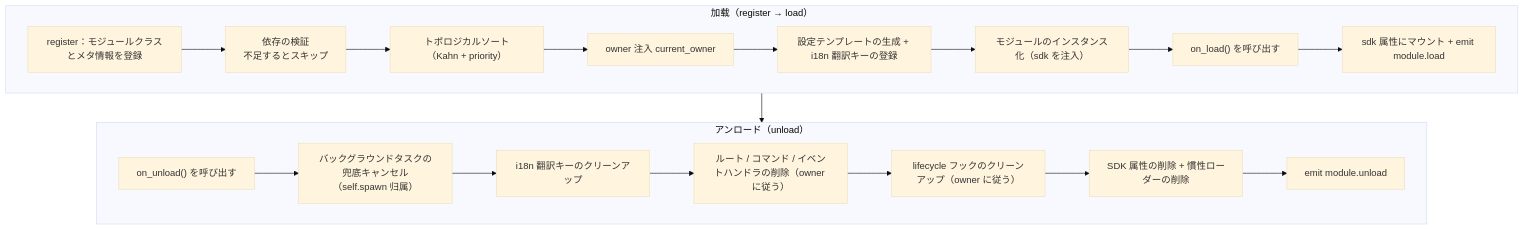
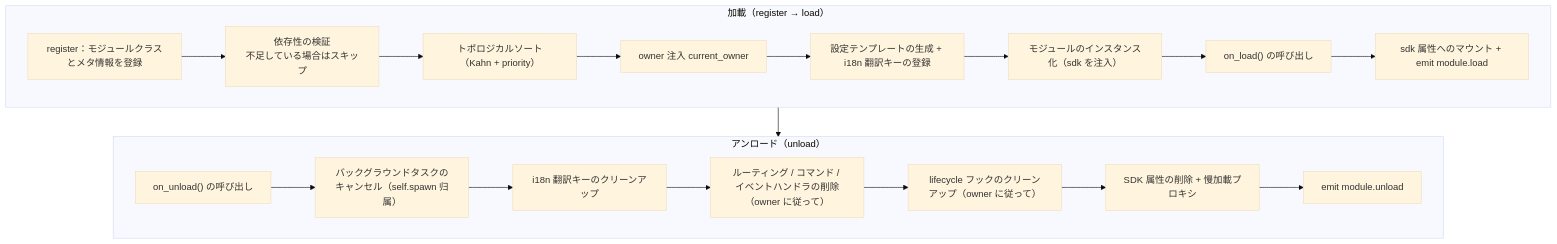
The diagram in docs/ja/developer-guide/modules/core-concepts.md (ErisPulse/ErisPulse), drawn with Mermaid (base theme) before and after one commit. The commit also changed other lines of this file and 83 other files, not shown here.

````diff
--- a/docs/ja/developer-guide/modules/core-concepts.md
+++ b/docs/ja/developer-guide/modules/core-concepts.md
@@ -93,23 +111,23 @@
 ```mermaid
 flowchart TD
-    subgraph Load["加载（register → load）"]
-        L1["register：モジュールクラスとメタ情報を登録"] --> L2["依存の検証<br/>不足するとスキップ"]
+    subgraph Load["加載（register → load）"]
+        L1["register：モジュールクラスとメタ情報を登録"] --> L2["依存性の検証<br/>不足している場合はスキップ"]
         L2 --> L3["トポロジカルソート（Kahn + priority）"]
         L3 --> L4["owner 注入 current_owner"]
         L4 --> L5["設定テンプレートの生成 + i18n 翻訳キーの登録"]
         L5 --> L6["モジュールのインスタンス化（sdk を注入）"]
-        L6 --> L7["on_load() を呼び出す"]
-        L7 --> L8["sdk 属性にマウント + emit module.load"]
+        L6 --> L7["on_load() の呼び出し"]
+        L7 --> L8["sdk 属性へのマウント + emit module.load"]
     end
 
     subgraph Unload["アンロード（unload）"]
-        U1["on_unload() を呼び出す"] --> U2["バックグラウンドタスクの兜底キャンセル（self.spawn 归属）"]
+        U1["on_unload() の呼び出し"] --> U2["バックグラウンドタスクのキャンセル（self.spawn 归属）"]
         U2 --> U3["i18n 翻訳キーのクリーンアップ"]
-        U3 --> U4["ルート / コマンド / イベントハンドラの削除（owner に従う）"]
-        U4 --> U5["lifecycle フックのクリーンアップ（owner に従う）"]
-        U5 --> U6["SDK 属性の削除 + 慣性ローダーの削除"]
+        U3 --> U4["ルーティング / コマンド / イベントハンドラの削除（owner に従って）"]
+        U4 --> U5["lifecycle フックのクリーンアップ（owner に従って）"]
+        U5 --> U6["SDK 属性の削除 + 慢加載プロキシ"]
         U6 --> U7["emit module.unload"]
     end
 
     Load --> Unload
 ```
````
